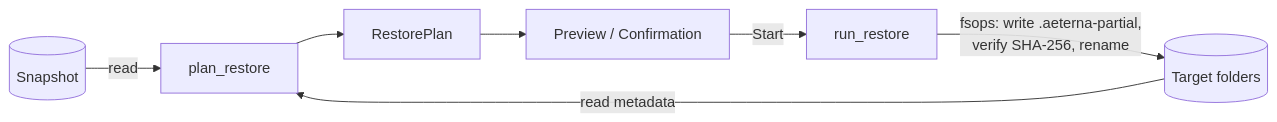
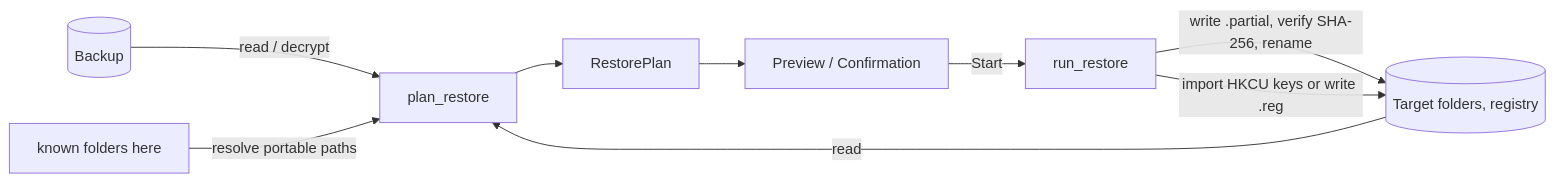
One commit to baba537/AeternaVault changed the second of 2 diagrams in docs/ARCHITECTURE.md. Above: the diagram before and after it, drawn with Mermaid. The commit also changed other lines of this file and 52 other files, not shown here.

````diff
--- a/docs/ARCHITECTURE.md
+++ b/docs/ARCHITECTURE.md
@@ -63,9 +79,11 @@
 ```mermaid
 flowchart LR
-    SN[(Snapshot)] -->|read| PR[plan_restore]
-    T[(Target folders)] -->|read metadata| PR
+    SN[(Backup)] -->|read / decrypt| PR[plan_restore]
+    T[(Target folders, registry)] -->|read| PR
+    KP[known folders here] -->|resolve portable paths| PR
     PR --> RP[RestorePlan]
     RP --> PV[Preview / Confirmation]
     PV -->|Start| RR[run_restore]
-    RR -->|fsops: write .aeterna-partial,<br/>verify SHA-256, rename| T
+    RR -->|write .partial, verify SHA-256, rename| T
+    RR -->|import HKCU keys or write .reg| T
 ```
````
